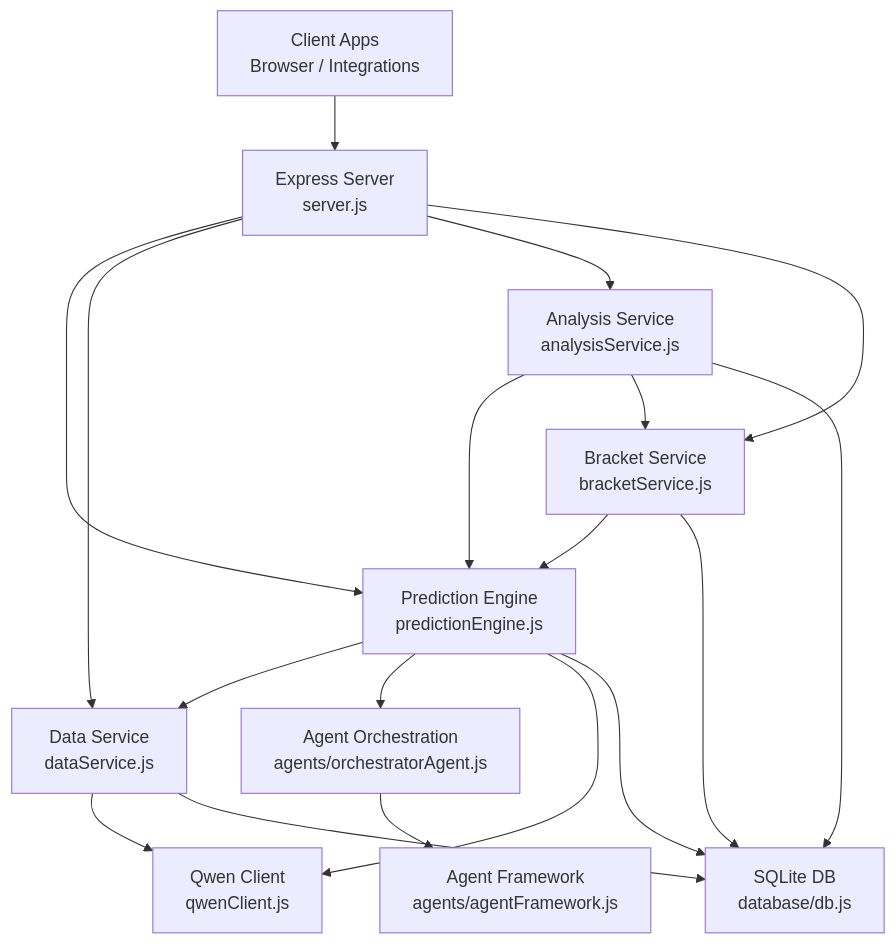
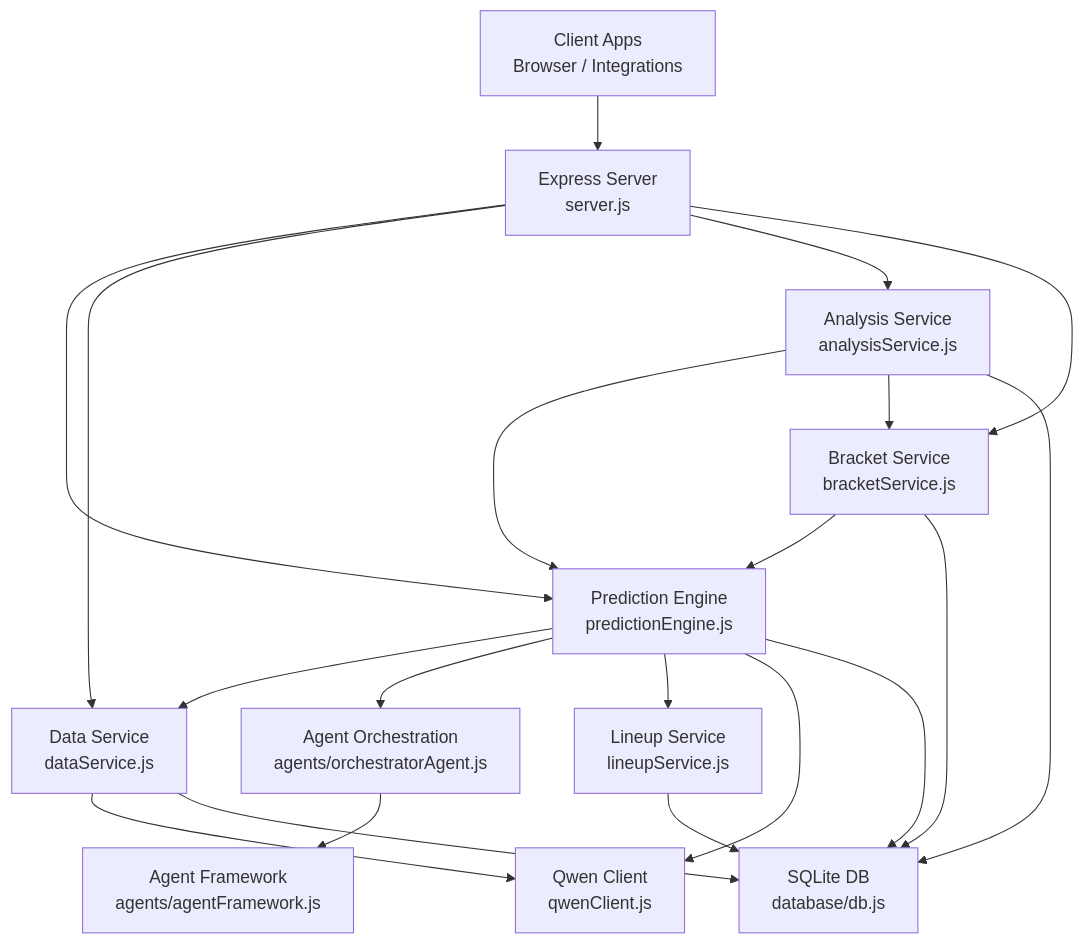
Before and after one commit to cheesiong/WC26-qwen: the second of 12 diagrams in .qoder/repowiki/en/content/System Architecture/Backend Architecture.md, drawn with Mermaid. The commit also changed other lines of this file and 3 other files, not shown here.

````diff
--- a/.qoder/repowiki/en/content/System Architecture/Backend Architecture.md
+++ b/.qoder/repowiki/en/content/System Architecture/Backend Architecture.md
@@ -129,30 +145,33 @@
 ```mermaid
 graph TB
 Client["Client Apps<br/>Browser / Integrations"]
 Express["Express Server<br/>server.js"]
 Pred["Prediction Engine<br/>predictionEngine.js"]
 Data["Data Service<br/>dataService.js"]
 Analyze["Analysis Service<br/>analysisService.js"]
 Bracket["Bracket Service<br/>bracketService.js"]
 Agents["Agent Orchestration<br/>agents/orchestratorAgent.js"]
 AgentFW["Agent Framework<br/>agents/agentFramework.js"]
 Qwen["Qwen Client<br/>qwenClient.js"]
+Lineup["Lineup Service<br/>lineupService.js"]
 DB["SQLite DB<br/>database/db.js"]
 Client --> Express
 Express --> Pred
 Express --> Data
 Express --> Analyze
 Express --> Bracket
 Pred --> Data
 Pred --> Agents
+Pred --> Lineup
 Agents --> AgentFW
 Pred --> Qwen
 Data --> Qwen
 Analyze --> Pred
 Analyze --> Bracket
 Bracket --> Pred
 Pred --> DB
 Data --> DB
 Analyze --> DB
 Bracket --> DB
+Lineup --> DB
 ```
````
